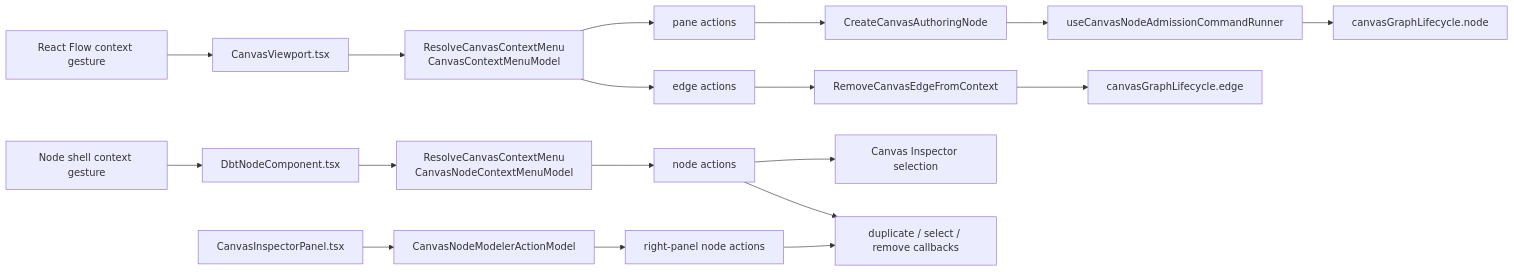
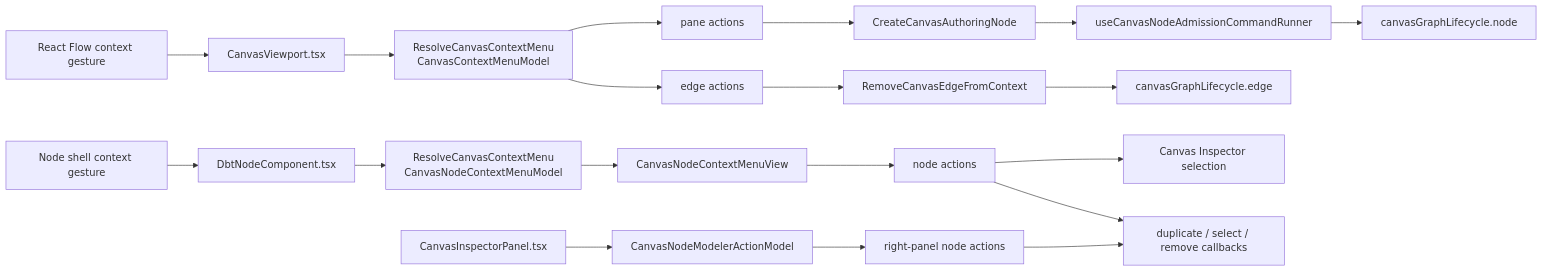
One commit to dunay2/dvt changed the second of 2 diagrams in docs/architecture/components/web/graph/canvas-interaction-command-surface-component.md. Above: the diagram before and after it, drawn with Mermaid. The commit also changed other lines of this file and 7 other files, not shown here.

Commit message:
refactor(web): Separate Canvas node context menu presentation

````diff
--- a/docs/architecture/components/web/graph/canvas-interaction-command-surface-component.md
+++ b/docs/architecture/components/web/graph/canvas-interaction-command-surface-component.md
@@ -160,20 +168,21 @@
 ```mermaid
 flowchart LR
   Gesture["React Flow context gesture"] --> Viewport["CanvasViewport.tsx"]
   NodeGesture["Node shell context gesture"] --> NodeRenderer["DbtNodeComponent.tsx"]
   Viewport --> Model["ResolveCanvasContextMenu<br>CanvasContextMenuModel"]
   NodeRenderer --> NodeModel["ResolveCanvasContextMenu<br>CanvasNodeContextMenuModel"]
+  NodeModel --> NodeMenuView["CanvasNodeContextMenuView"]
   InspectorPanel["CanvasInspectorPanel.tsx"] --> NodeModeler["CanvasNodeModelerActionModel"]
   Model --> Pane["pane actions"]
   Model --> Edge["edge actions"]
-  NodeModel --> NodeActions["node actions"]
+  NodeMenuView --> NodeActions["node actions"]
   NodeModeler --> InspectorActions["right-panel node actions"]
   Pane --> Create["CreateCanvasAuthoringNode"]
   Create --> Admission["useCanvasNodeAdmissionCommandRunner"]
   Admission --> NodeLifecycle["canvasGraphLifecycle.node"]
   Edge --> Remove["RemoveCanvasEdgeFromContext"]
   Remove --> EdgeLifecycle["canvasGraphLifecycle.edge"]
   NodeActions --> Inspector["Canvas Inspector selection"]
   NodeActions --> ExistingNodeCommands["duplicate / select / remove callbacks"]
   InspectorActions --> ExistingNodeCommands
 ```
````
